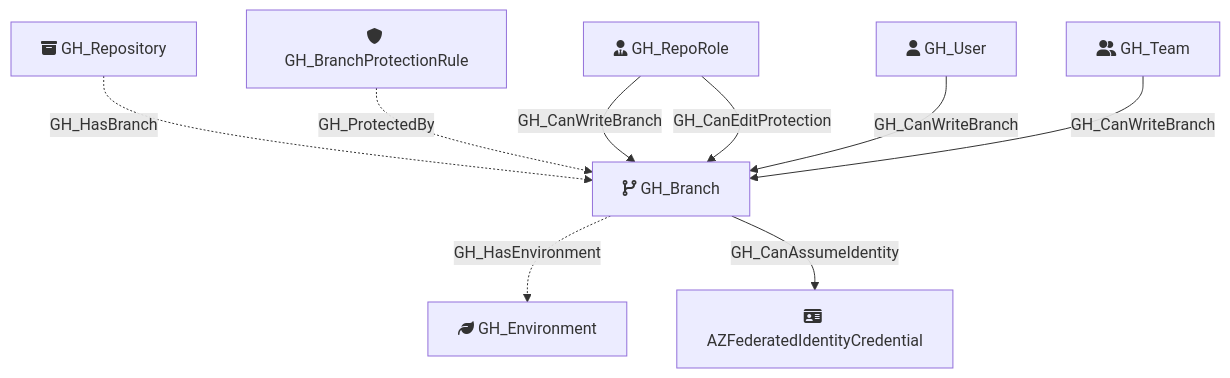
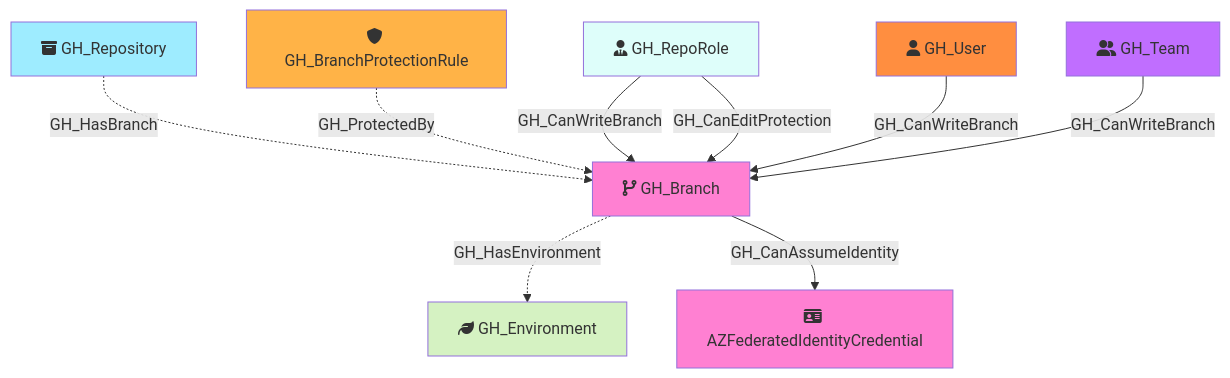
The diagram in docs/opengraph/extensions/githound/reference/nodes/gh_branch.mdx (SpecterOps/bloodhound-docs), drawn with Mermaid before and after one commit. The commit also changed other lines of this file and 52 other files, not shown here.

````diff
--- a/docs/opengraph/extensions/githound/reference/nodes/gh_branch.mdx
+++ b/docs/opengraph/extensions/githound/reference/nodes/gh_branch.mdx
@@ -49,21 +68,29 @@
 ```mermaid
 flowchart TD
     GH_Branch[fa:fa-code-branch GH_Branch]
     GH_Repository[fa:fa-box-archive GH_Repository]
     GH_RepoRole[fa:fa-user-tie GH_RepoRole]
     GH_BranchProtectionRule[fa:fa-shield GH_BranchProtectionRule]
     GH_Environment[fa:fa-leaf GH_Environment]
     GH_User[fa:fa-user GH_User]
     GH_Team[fa:fa-user-group GH_Team]
     AZFederatedIdentityCredential[fa:fa-id-card AZFederatedIdentityCredential]
 
+    style GH_Branch fill:#FF80D2
+    style GH_Repository fill:#9EECFF
+    style GH_RepoRole fill:#DEFEFA
+    style GH_BranchProtectionRule fill:#FFB347
+    style GH_Environment fill:#D5F2C2
+    style GH_User fill:#FF8E40
+    style GH_Team fill:#C06EFF
+    style AZFederatedIdentityCredential fill:#FF80D2
 
     GH_Repository -.->|GH_HasBranch| GH_Branch
     GH_BranchProtectionRule -.->|GH_ProtectedBy| GH_Branch
     GH_Branch -.->|GH_HasEnvironment| GH_Environment
     GH_Branch -->|GH_CanAssumeIdentity| AZFederatedIdentityCredential
     GH_RepoRole -->|GH_CanWriteBranch| GH_Branch
     GH_RepoRole -->|GH_CanEditProtection| GH_Branch
     GH_User -->|GH_CanWriteBranch| GH_Branch
     GH_Team -->|GH_CanWriteBranch| GH_Branch
 ```
````
